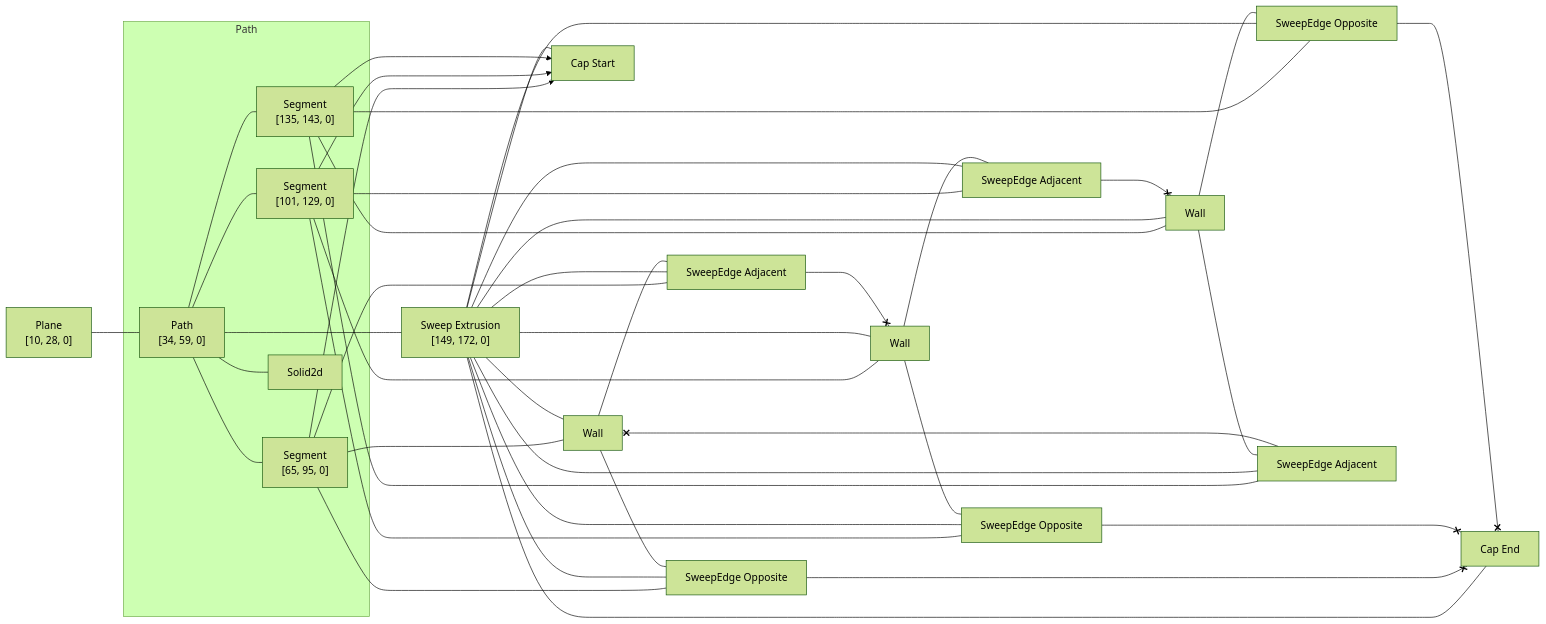
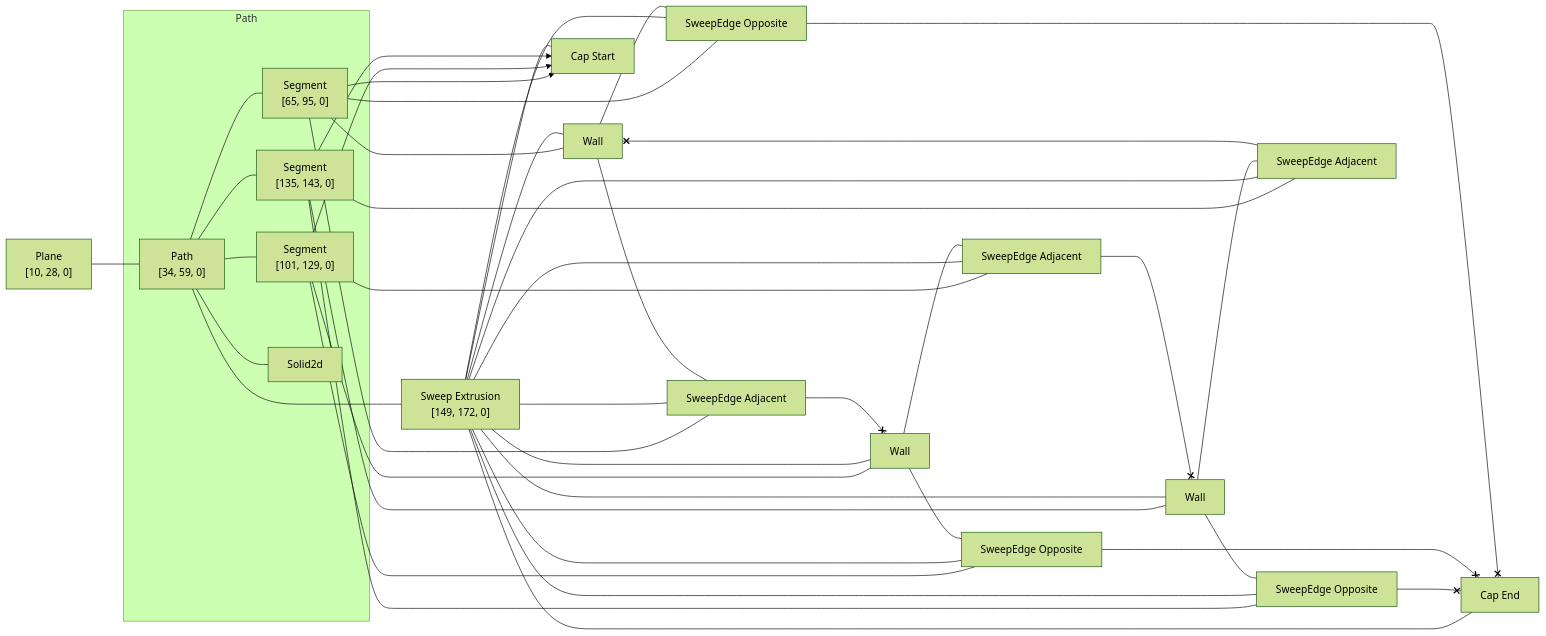
The diagram in rust/kcl-lib/tests/neg_xz_plane/artifact_graph_flowchart.snap.md (rajgandhi1/modeling-app), drawn with Mermaid (forest theme) before and after one commit. The commit also changed 101 other files, not shown here.

````diff
--- a/rust/kcl-lib/tests/neg_xz_plane/artifact_graph_flowchart.snap.md
+++ b/rust/kcl-lib/tests/neg_xz_plane/artifact_graph_flowchart.snap.md
@@ -1,64 +1,64 @@
 ```mermaid
 flowchart LR
   subgraph path2 [Path]
     2["Path<br>[34, 59, 0]"]
     3["Segment<br>[65, 95, 0]"]
     4["Segment<br>[101, 129, 0]"]
     5["Segment<br>[135, 143, 0]"]
     6[Solid2d]
   end
   1["Plane<br>[10, 28, 0]"]
   7["Sweep Extrusion<br>[149, 172, 0]"]
   8[Wall]
   9[Wall]
   10[Wall]
   11["Cap Start"]
   12["Cap End"]
   13["SweepEdge Opposite"]
   14["SweepEdge Opposite"]
   15["SweepEdge Opposite"]
   16["SweepEdge Adjacent"]
   17["SweepEdge Adjacent"]
   18["SweepEdge Adjacent"]
   1 --- 2
   2 --- 3
   2 --- 4
   2 --- 5
   2 --- 6
   2 ---- 7
   3 --- 9
   3 x--> 11
-  3 --- 13
-  3 --- 16
+  3 --- 15
+  3 --- 18
   4 --- 8
   4 x--> 11
   4 --- 14
-  4 --- 18
+  4 --- 17
   5 --- 10
   5 x--> 11
-  5 --- 15
-  5 --- 17
+  5 --- 13
+  5 --- 16
   7 --- 8
   7 --- 9
   7 --- 10
   7 --- 11
   7 --- 12
   7 --- 13
   7 --- 14
   7 --- 15
   7 --- 16
   7 --- 17
   7 --- 18
   8 --- 14
-  16 <--x 8
-  8 --- 18
-  9 --- 13
-  9 --- 16
-  17 <--x 9
-  10 --- 15
-  10 --- 17
-  18 <--x 10
+  8 --- 17
+  18 <--x 8
+  9 --- 15
+  16 <--x 9
+  9 --- 18
+  10 --- 13
+  10 --- 16
+  17 <--x 10
   13 <--x 12
   14 <--x 12
   15 <--x 12
 ```
````
